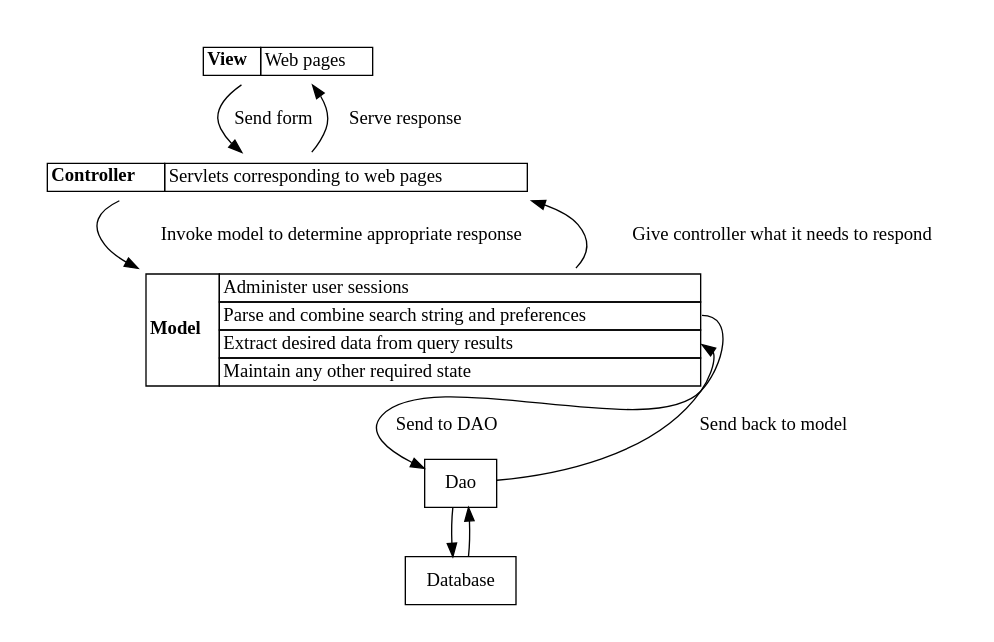
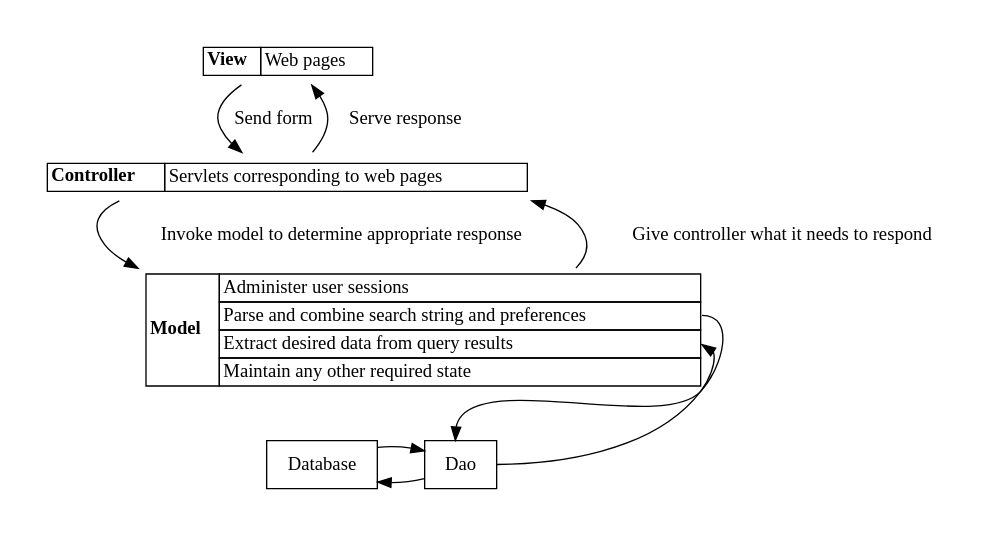
The diagram in docs/graphviz/architecture1.gv (pnoom/bc-search), drawn with Graphviz before and after one commit. The commit also changed 2 other files, not shown here.

Commit message:
Finally made architecture diagram readable.

```diff
--- a/docs/graphviz/architecture1.gv
+++ b/docs/graphviz/architecture1.gv
@@ -1,61 +1,61 @@
 // MVC structure
 
 digraph mvc {
   compound = true;
   node [shape=box];
 
   // View
   subgraph cluster_0 {
     color = white;
     node [shape=plaintext];
     view [
       label=<
       <table border="0" cellborder="1" cellspacing="0">
 	<tr><td rowspan="1"><b>View</b></td><td align="left" port="1">Web pages</td></tr>
       </table>
       >];
   }
 
   // Controller
   subgraph cluster_1 {
     color = white;
     node [shape=plaintext];
     controller [
       label=<
       <table border="0" cellborder="1" cellspacing="0">
 	<tr><td rowspan="1"><b>Controller</b></td><td align="left" port="1">Servlets corresponding to web pages</td></tr>
       </table>
       >];
   }
 
   // Model
   subgraph cluster_2 {
     color = white;
     node [shape=plaintext];
     model [
       label=<
       <table border="0" cellborder="1" cellspacing="0">
 	<tr><td rowspan="4"><b>Model</b></td><td align="left" port="1">Administer user sessions</td></tr>
 	<tr><td align="left" port="2">Parse and combine search string and preferences</td></tr>
 	<tr><td align="left" port="3">Extract desired data from query results</td></tr>
 	<tr><td align="left" port="4">Maintain any other required state</td></tr>
       </table>
       >];
-  }
 
-  // Database
-  subgraph cluster_3 {
-    color = white;
-    dao [label="Dao"];
-    db [label="Database"];
+    // Database
+    subgraph cluster_3 {
+      node [shape=box];
+      dao [label="Dao"];
+      db [label="Database"];
+    }
   }
   
   view -> controller [label="Send form "];
   controller -> view [label="Serve response "];
   controller -> model [label="Invoke model to determine appropriate response "];
   model -> controller [label="Give controller what it needs to respond "];
-  model:2 -> dao [label="Send to DAO "];
-  dao -> db;
-  db -> dao;
-  dao -> model:3 [label="Send back to model "];
+  model:2 -> dao;
+  dao -> db [constraint=false];
+  db -> dao [constraint=false];
+  dao -> model:3;
 }
```
